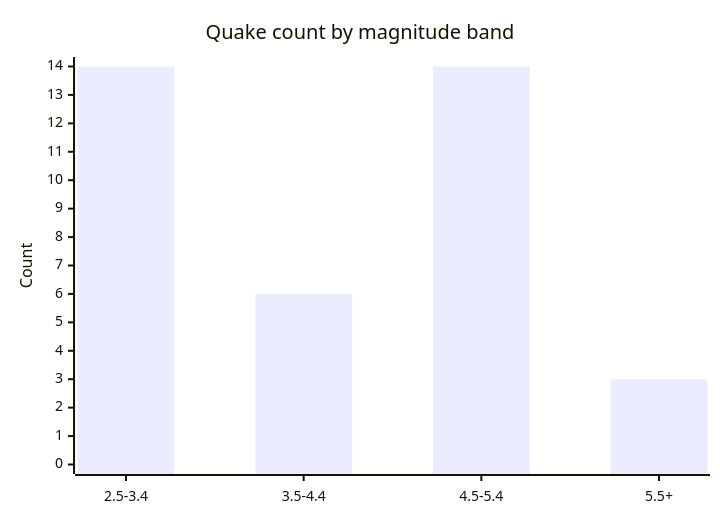
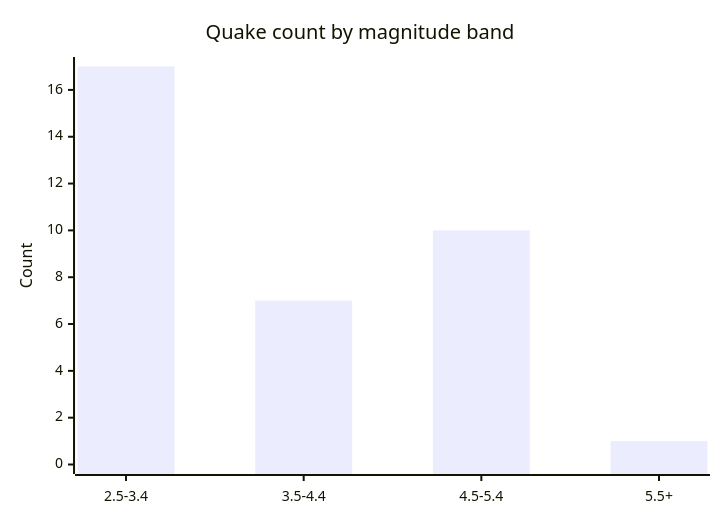
One commit to Midwest-Stratospheric/aerostratospheric-defense-gir changed the fifth of 6 diagrams in docs/GRAPHS.md. Above: the diagram before and after it, drawn with Mermaid. The commit also changed other lines of this file and 26 other files, not shown here.

````diff
--- a/docs/GRAPHS.md
+++ b/docs/GRAPHS.md
@@ -82,7 +82,7 @@
 ```mermaid
 xychart-beta
   title "Quake count by magnitude band"
   x-axis ["2.5-3.4", "3.5-4.4", "4.5-5.4", "5.5+"]
-  y-axis "Count" 0 --> 14
-  bar [14, 6, 14, 3]
+  y-axis "Count" 0 --> 17
+  bar [17, 7, 10, 1]
 ```
````
